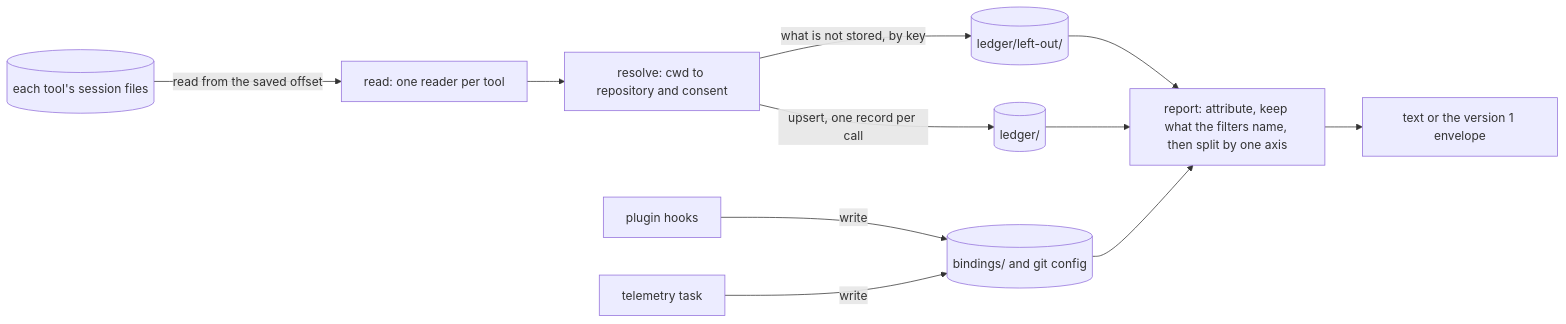
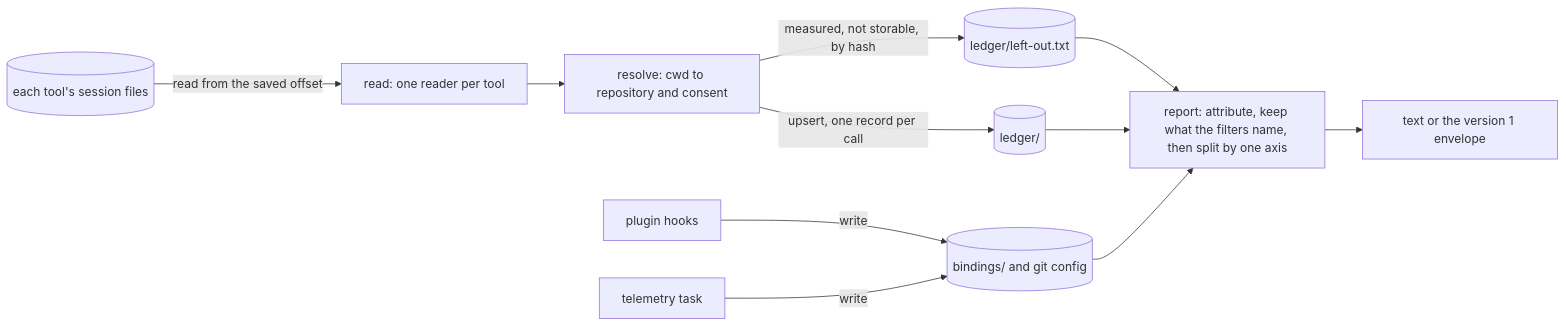
One commit to ai-driven-dev/framework changed the diagram in cli/aidd_docs/memory/telemetry.md. Above: the diagram before and after it, drawn with Mermaid. The commit also changed other lines of this file and 32 other files, not shown here.

First line of the commit message:
fix(telemetry): keep only what was measured, and only by hash

````diff
--- a/cli/aidd_docs/memory/telemetry.md
+++ b/cli/aidd_docs/memory/telemetry.md
@@ -18,13 +18,13 @@
 ```mermaid
 flowchart LR
     Files[("each tool's session files")] -->|read from the saved offset| Reader["read: one reader per tool"]
     Reader --> Resolver["resolve: cwd to repository and consent"]
     Resolver -->|upsert, one record per call| Ledger[("ledger/")]
-    Resolver -->|what is not stored, by key| Left[("ledger/left-out/")]
+    Resolver -->|measured, not storable, by hash| Left[("ledger/left-out.txt")]
     Left --> Report
     Hooks["plugin hooks"] -->|write| Bindings[("bindings/ and git config")]
     Task["telemetry task"] -->|write| Bindings
     Ledger --> Report["report: attribute, keep what the filters name, then split by one axis"]
     Bindings --> Report
     Report --> Out["text or the version 1 envelope"]
 ```
````
